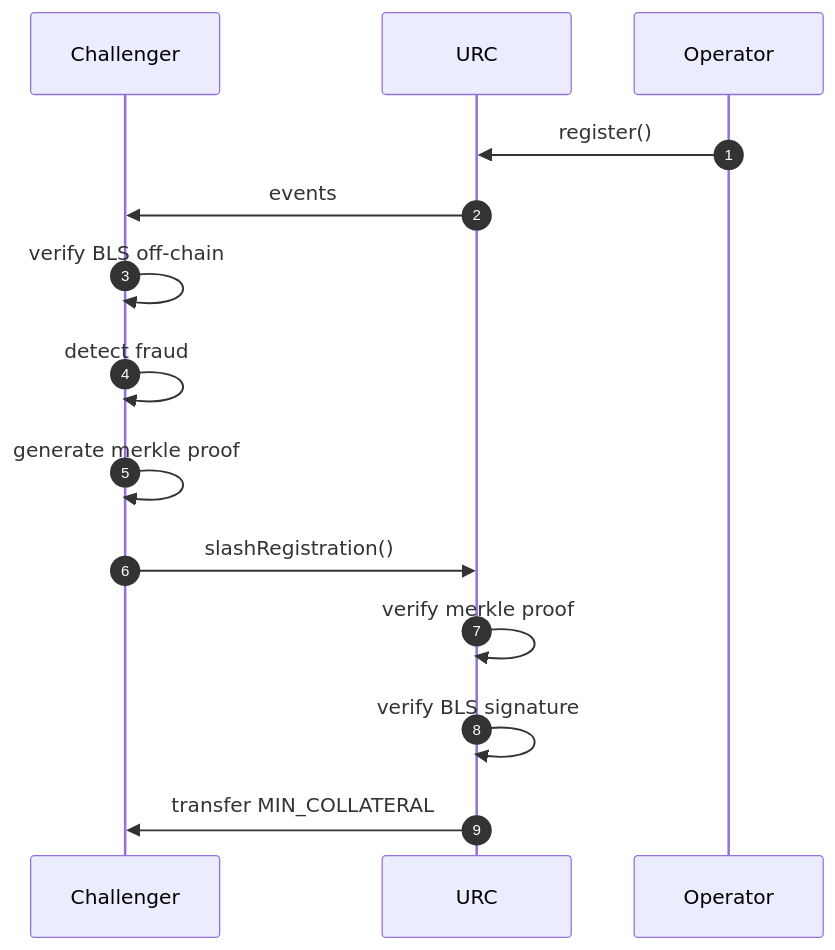
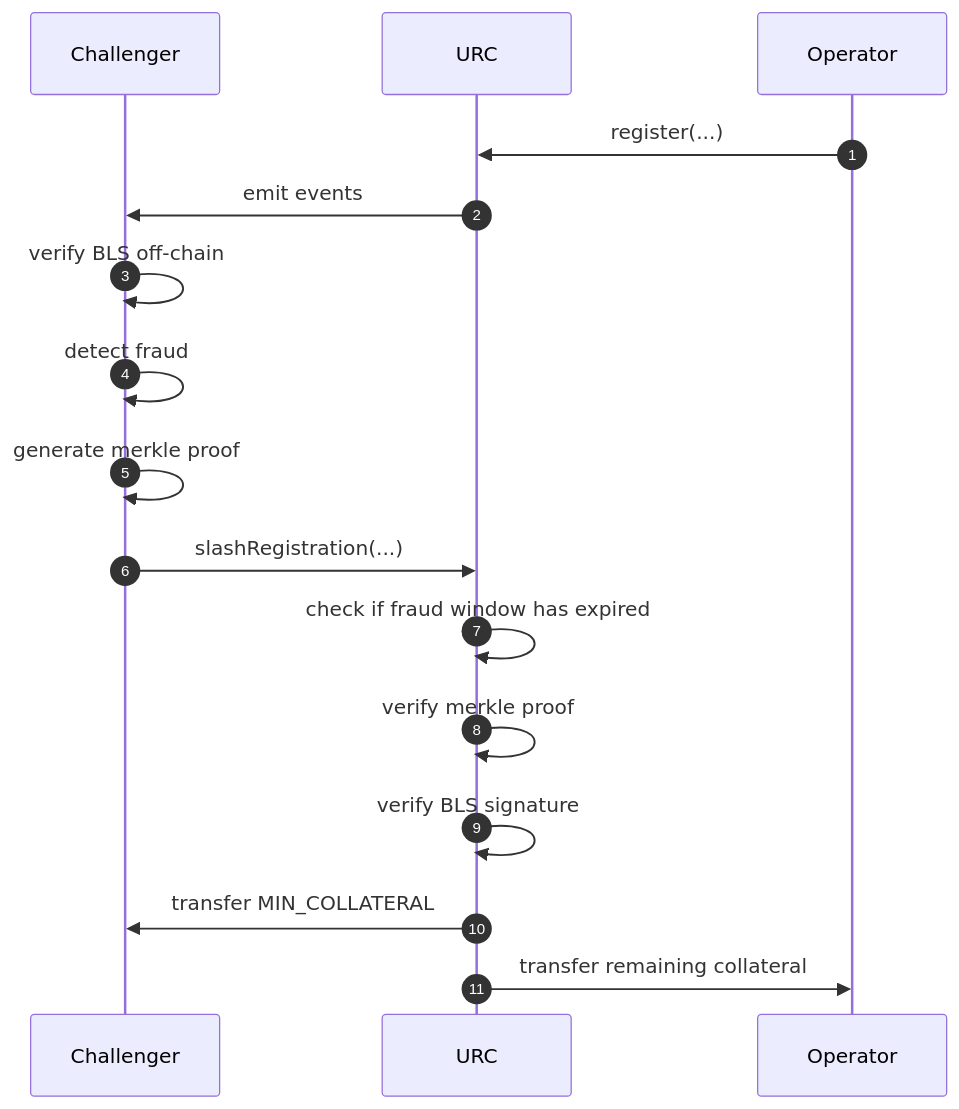
Before and after one commit to ethereum-commitments/urc: the second of 2 diagrams in docs/overview.md, drawn with Mermaid. The commit also changed other lines of this file and 1 other file, not shown here.

Commit message:
update register() and slashRegistration() docs

````diff
--- a/docs/overview.md
+++ b/docs/overview.md
@@ -126,18 +138,20 @@
 ```mermaid
 sequenceDiagram
 autonumber
     participant Challenger
     participant URC
     participant Operator
 
     
-    Operator->>URC: register()
-	  URC->>Challenger: events
-	  Challenger->>Challenger: verify BLS off-chain
-	  Challenger->>Challenger: detect fraud
-	  Challenger->>Challenger: generate merkle proof
-    Challenger->>URC: slashRegistration()
+    Operator->>URC: register(...)
+	URC->>Challenger: emit events
+	Challenger->>Challenger: verify BLS off-chain
+	Challenger->>Challenger: detect fraud
+	Challenger->>Challenger: generate merkle proof
+    Challenger->>URC: slashRegistration(...)
+    URC->>URC: check if fraud window has expired
     URC->>URC: verify merkle proof
     URC->>URC: verify BLS signature
     URC->>Challenger: transfer MIN_COLLATERAL
+    URC->>Operator: transfer remaining collateral
 ```
````
